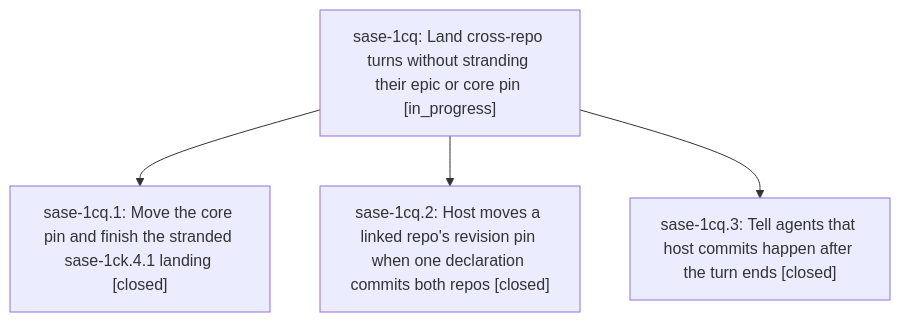
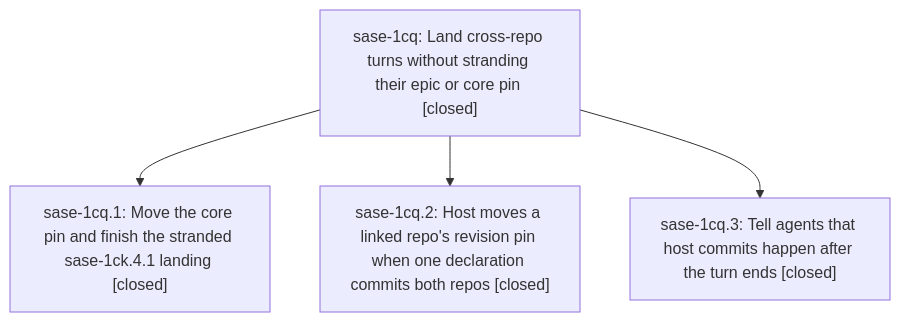
The diagram in pages/sase-1cq/README.md (sase-org/sase--beads), drawn with Mermaid before and after one commit. The commit also changed other lines of this file and 3 other files, not shown here.

````diff
--- a/pages/sase-1cq/README.md
+++ b/pages/sase-1cq/README.md
@@ -24,10 +30,10 @@
 ```mermaid
 flowchart TD
-    n0["sase-1cq: Land cross-repo turns without stranding their epic or core pin [in_progress]"]
+    n0["sase-1cq: Land cross-repo turns without stranding their epic or core pin [closed]"]
     n1["sase-1cq.1: Move the core pin and finish the stranded sase-1ck.4.1 landing [closed]"]
     n2["sase-1cq.2: Host moves a linked repo's revision pin when one declaration commits both repos [closed]"]
     n3["sase-1cq.3: Tell agents that host commits happen after the turn ends [closed]"]
     n0 --> n1
     n0 --> n2
     n0 --> n3
 ```
````
